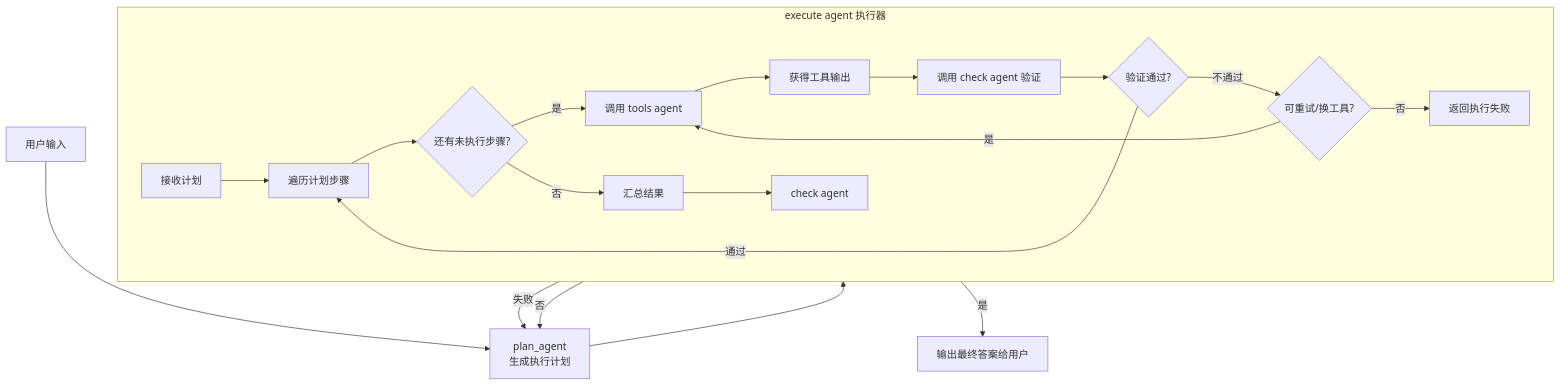
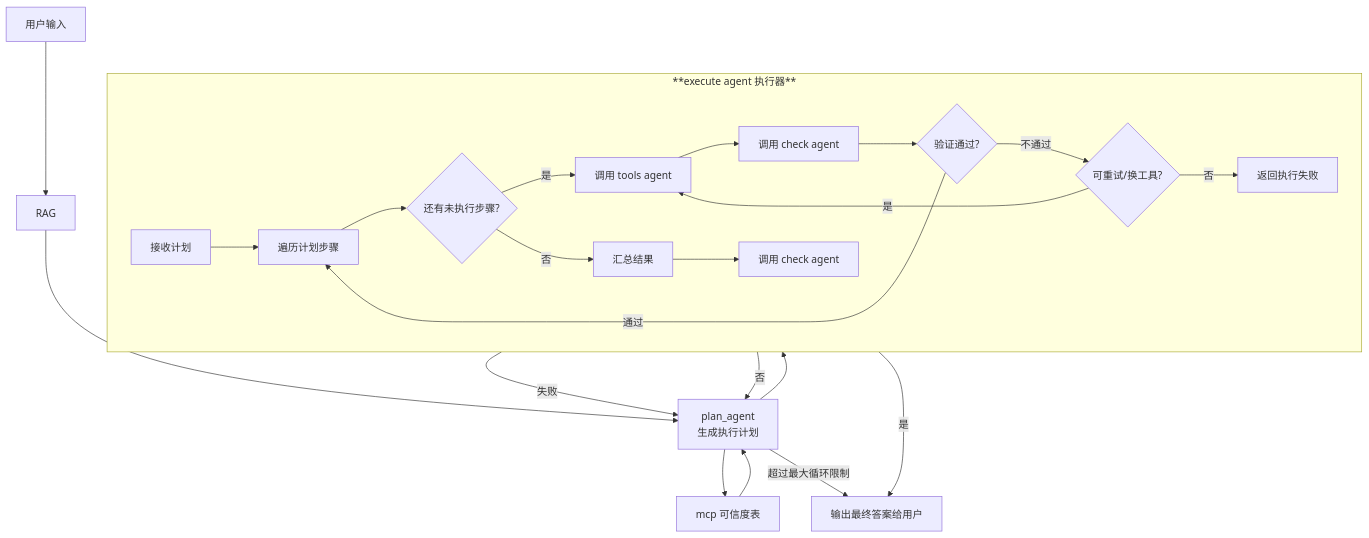
Before and after one commit to Cluno1/Agentlz: the diagram in docs/dev.md, drawn with Mermaid.

Commit message:
fix: config graph md

````diff
--- a/docs/dev.md
+++ b/docs/dev.md
@@ -15,30 +15,36 @@
 ```mermaid
+
+
 graph TD
-    A[用户输入] --> B[plan_agent<br/>生成执行计划];
+    A[用户输入] -->Q[RAG];
+    Q--> B[plan_agent<br/>生成执行计划];
 
-    subgraph execute_agent [execute agent 执行器]
+    P[mcp 可信度表] -->B;
+    B --> P;
+
+    B -- 超过最大循环限制 --> M[输出最终答案给用户];
+
+    subgraph execute_agent [**execute agent 执行器**]
         direction LR
         C[接收计划] --> D[遍历计划步骤];
         D --> E{还有未执行步骤?};
         E -- 是 --> F[调用 tools agent];
-        F --> G[获得工具输出];
-        G --> H[调用 check agent 验证];
+        F --> H[ 调用 check agent];
         H --> I{验证通过?};
         I -- 通过 --> D;
         I -- 不通过 --> J{可重试/换工具?};
         J -- 是 --> F;
         J -- 否 --> K[返回执行失败];
            
     E -- 否 --> L[汇总结果];  
-    L --> O[ check agent]; 
+    L --> O[调用 check agent]; 
     
         
     end
 
     B --> C;
     K -- 失败 --> B;
     O -- 否 --> B;
+    O -- 是 --> M[输出最终答案给用户];
     
-
-    O -- 是 --> M[输出最终答案给用户];
 ```
````
